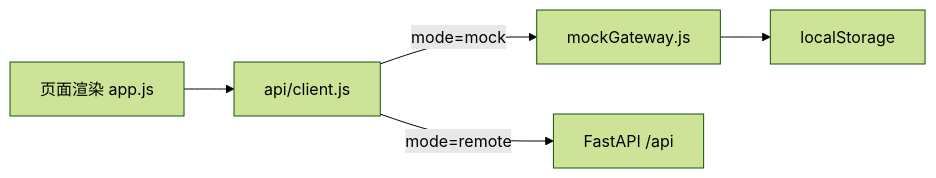
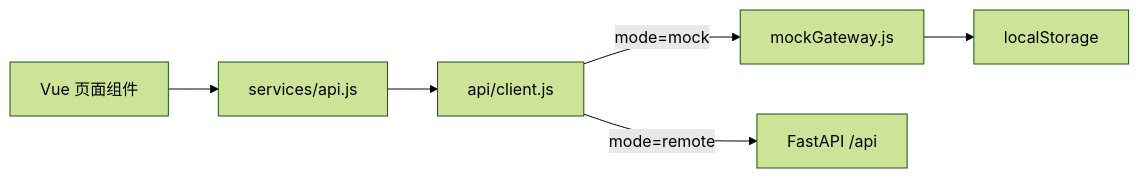
One commit to Mortpwr/software_team changed the second of 18 diagrams in docs/software-design-specification.md. Above: the diagram before and after it, drawn with Mermaid (forest theme). The commit also changed other lines of this file, not shown here.

````diff
--- a/docs/software-design-specification.md
+++ b/docs/software-design-specification.md
@@ -232,13 +241,15 @@
 ```mermaid
 flowchart LR
-    Page["页面渲染 app.js"]
+    Page["Vue 页面组件"]
+    Service["services/api.js"]
     Client["api/client.js"]
     Mock["mockGateway.js"]
     Remote["FastAPI /api"]
     Store["localStorage"]
 
-    Page --> Client
+    Page --> Service
+    Service --> Client
     Client -->|mode=mock| Mock
     Mock --> Store
     Client -->|mode=remote| Remote
 ```
````
